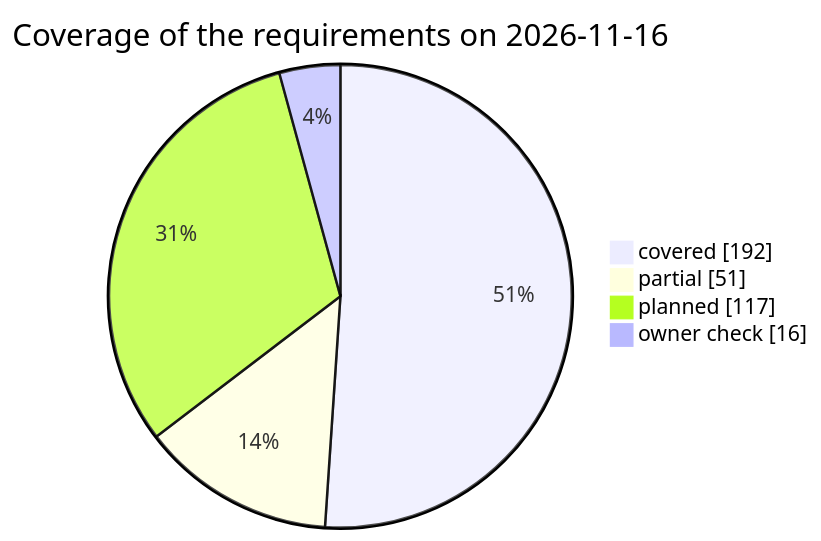
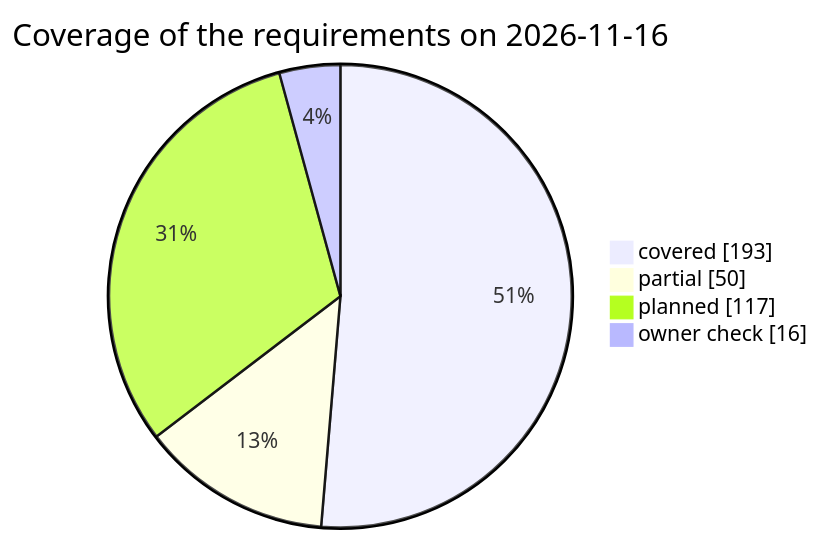
The third of 3 diagrams in docs/test-plan.md (qa-io-vn/fnb-manager), drawn with Mermaid before and after one commit. The commit also changed other lines of this file and 30 other files, not shown here.

````diff
--- a/docs/test-plan.md
+++ b/docs/test-plan.md
@@ -881,8 +881,8 @@
 ```mermaid
 pie showData
     title Coverage of the requirements on 2026-11-16
-    "covered" : 192
-    "partial" : 51
+    "covered" : 193
+    "partial" : 50
     "planned" : 117
     "owner check" : 16
 ```
````
